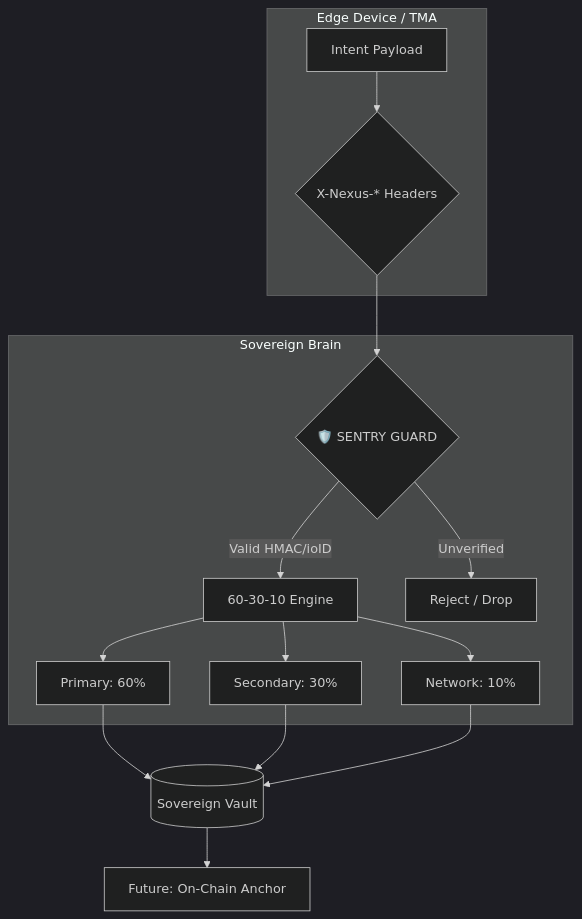
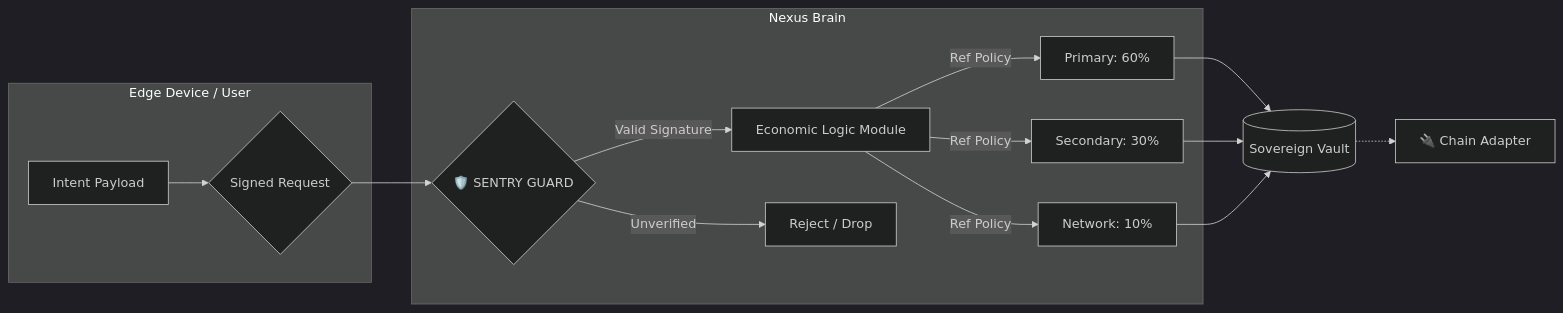
The diagram in docs/ECONOMICS.md (arhantbarmate/nexus-core), drawn with Mermaid (dark theme) before and after one commit. The commit also changed other lines of this file, not shown here.

````diff
--- a/docs/ECONOMICS.md
+++ b/docs/ECONOMICS.md
@@ -34,20 +40,20 @@
 ```mermaid
-graph TD
-    subgraph Client [Edge Device / TMA]
-        A[Intent Payload] --> B{X-Nexus-* Headers}
+graph LR
+    subgraph Client [Edge Device / User]
+        A[Intent Payload] --> B{Signed Request}
     end
 
     B --> C{🛡️ SENTRY GUARD}
 
-    subgraph Logic [Sovereign Brain]
-        C -->|Valid HMAC/ioID| D[60-30-10 Engine]
+    subgraph Sovereign_Node [Nexus Brain]
+        C -->|Valid Signature| D[Economic Logic Module]
         C -->|Unverified| E[Reject / Drop]
         
-        D --> F[Primary: 60%]
-        D --> G[Secondary: 30%]
-        D --> H[Network: 10%]
+        D -->|Ref Policy| F[Primary: 60%]
+        D -->|Ref Policy| G[Secondary: 30%]
+        D -->|Ref Policy| H[Network: 10%]
     end
 
     F & G & H --> I[(Sovereign Vault)]
-    I --> J[Future: On-Chain Anchor]
+    I -.-> J[🔌 Chain Adapter]
 ```
````
